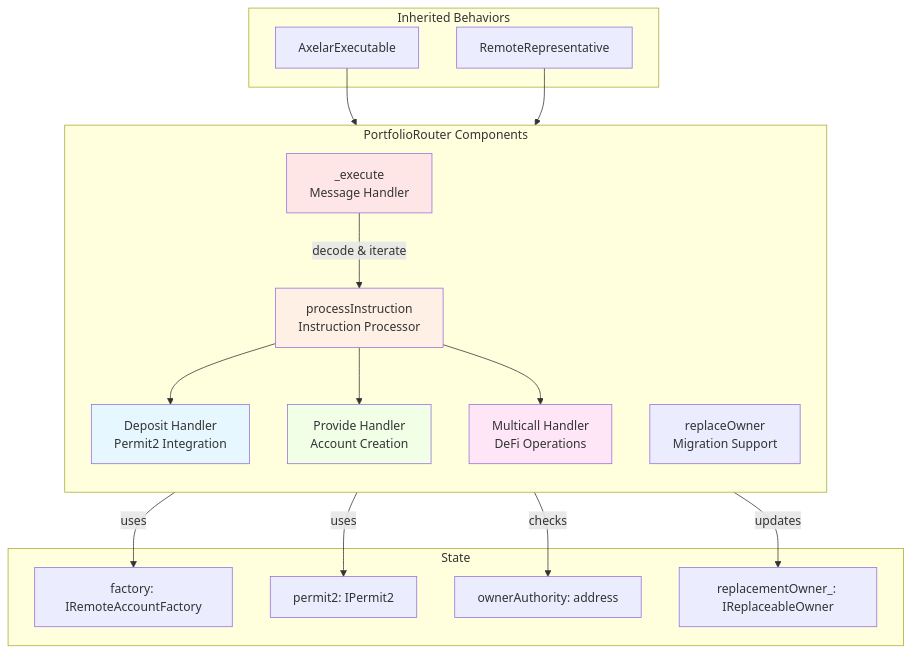
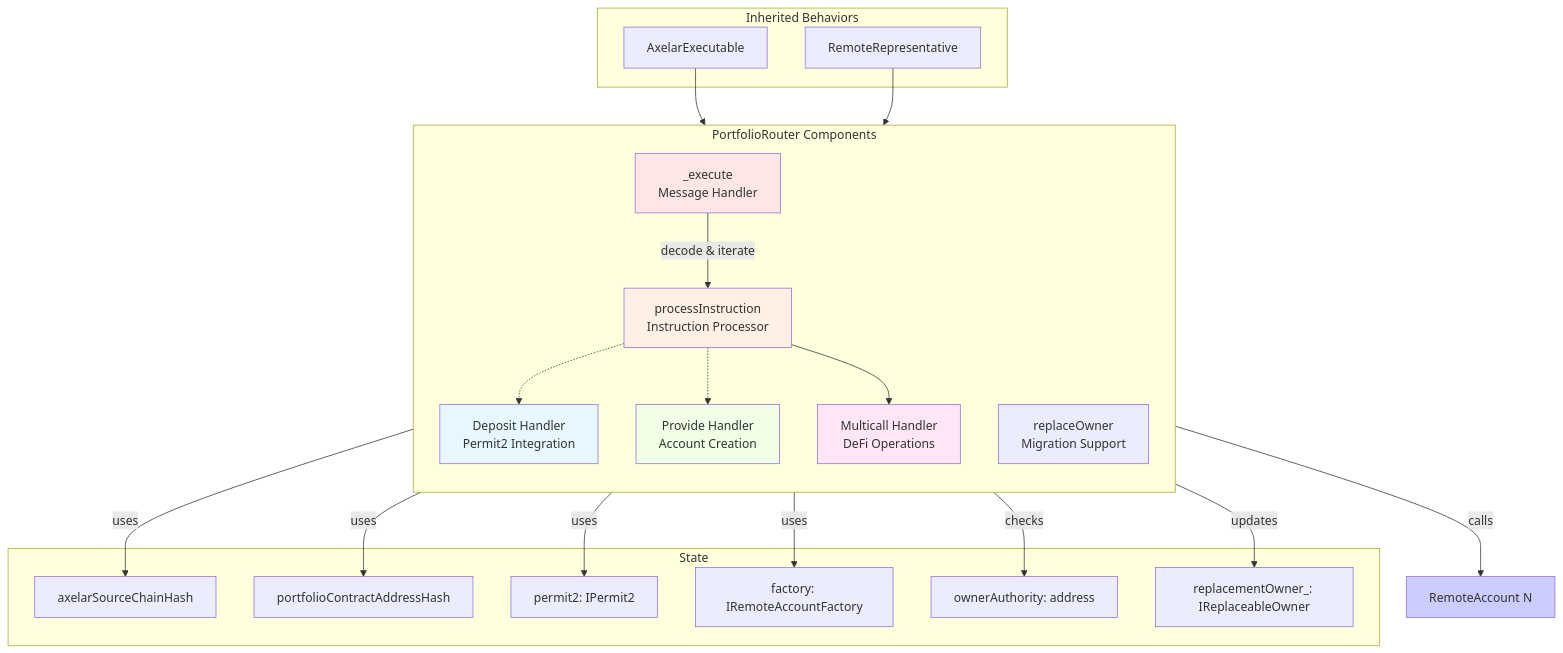
Before and after one commit to agoric-labs/agoric-to-axelar-local: the third of 10 diagrams in packages/axelar-local-dev-cosmos/src/contracts/design.md, drawn with Mermaid. The commit also changed other lines of this file, not shown here.

````diff
--- a/packages/axelar-local-dev-cosmos/src/contracts/design.md
+++ b/packages/axelar-local-dev-cosmos/src/contracts/design.md
@@ -87,41 +86,49 @@
 ```mermaid
 graph TB
     subgraph "PortfolioRouter Components"
         direction TB
         EXE[_execute<br/>Message Handler]
         PROC[processInstruction<br/>Instruction Processor]
         DEP[Deposit Handler<br/>Permit2 Integration]
         PROV[Provide Handler<br/>Account Creation]
         MULTI[Multicall Handler<br/>DeFi Operations]
         REP[replaceOwner<br/>Migration Support]
     end
     
     subgraph "Inherited Behaviors"
         AXLEXEC[AxelarExecutable]
         REMREP[RemoteRepresentative]
     end
     
     subgraph "State"
+        SRCCHAIN[axelarSourceChainHash]
+        SRCADDR[portfolioContractAddressHash]
+        PER[permit2: IPermit2]
         FAC[factory: IRemoteAccountFactory]
-        PER[permit2: IPermit2]
         AUTH[ownerAuthority: address]
         REPL[replacementOwner_: IReplaceableOwner]
     end
     
+    RAn[RemoteAccount N]
+
     AXLEXEC --> EXE
     REMREP --> EXE
     EXE -->|decode & iterate| PROC
-    PROC --> DEP
-    PROC --> PROV
+    PROC -->|uses| SRCCHAIN
+    PROC -->|uses| SRCADDR
+    PROC -.-> DEP
+    PROC -.-> PROV
     PROC --> MULTI
     DEP -->|uses| PER
     PROV -->|uses| FAC
+    MULTI --> |calls| RAn
     REP -->|updates| REPL
     REP -->|checks| AUTH
     
     style EXE fill:#ffe6e6
     style PROC fill:#fff0e6
     style DEP fill:#e6f7ff
     style PROV fill:#f0ffe6
     style MULTI fill:#ffe6f7
+    style RAn fill:#ccccff
 ```
````
